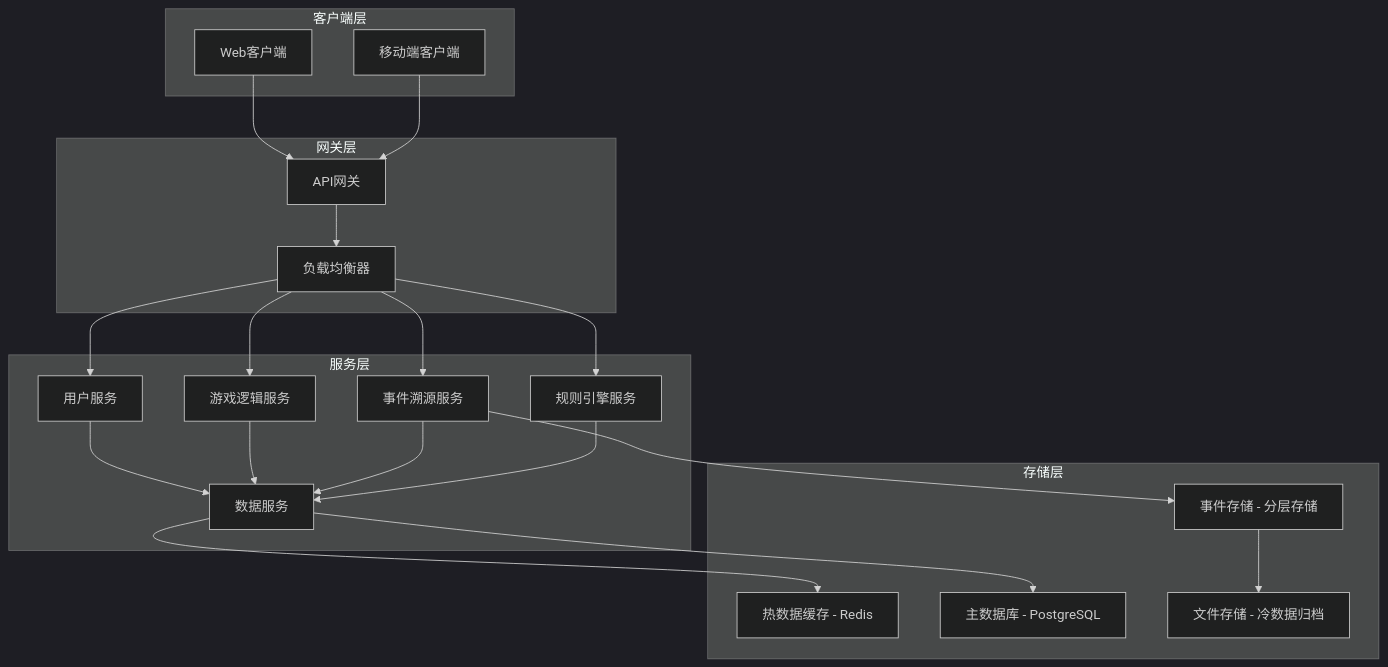
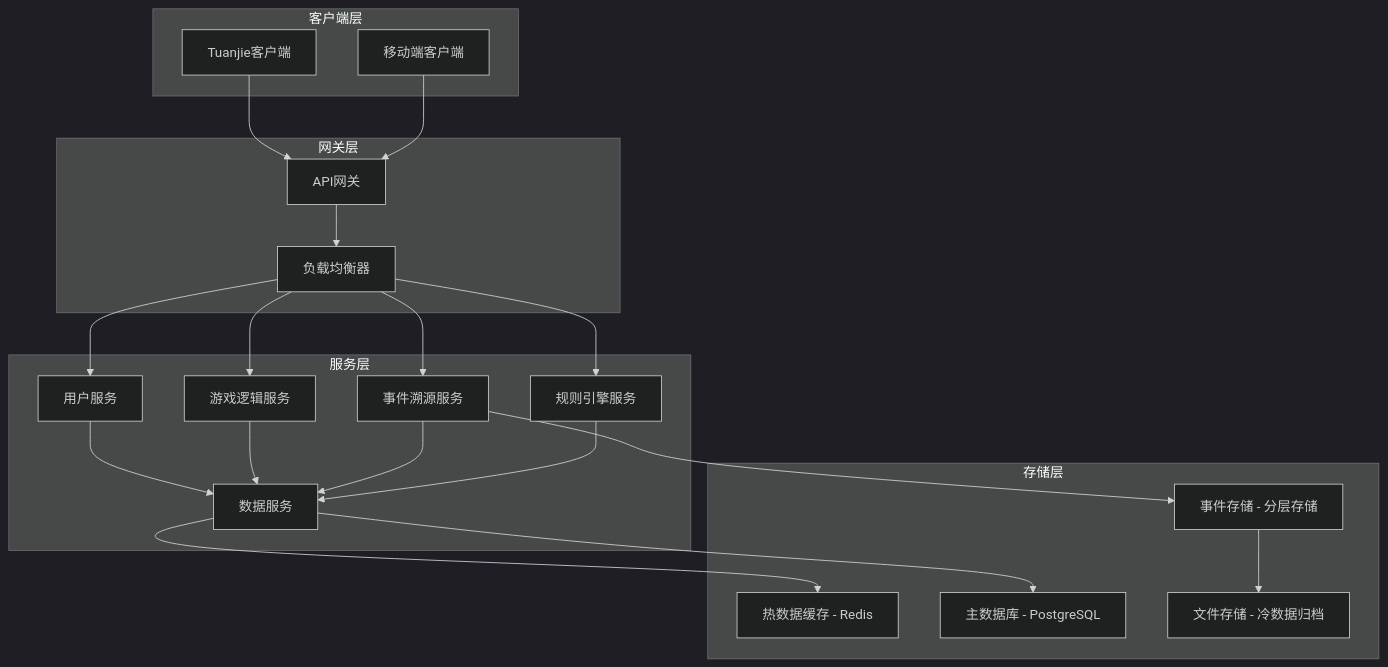
The first of 5 diagrams in doc/guides/technical/architecture-design.md (yingsiqi/Immortality), drawn with Mermaid (dark theme) before and after one commit. The commit also changed other lines of this file and 25 other files, not shown here.

````diff
--- a/doc/guides/technical/architecture-design.md
+++ b/doc/guides/technical/architecture-design.md
@@ -7,43 +7,43 @@
 ```mermaid
 flowchart TB
     subgraph "客户端层"
-        A[Web客户端]
+        A[Tuanjie客户端]
         B[移动端客户端]
     end
     
     subgraph "网关层"
         C[API网关]
         D[负载均衡器]
     end
     
     subgraph "服务层"
         E[用户服务]
         F[游戏逻辑服务]
         G[事件溯源服务]
         H[规则引擎服务]
         I[数据服务]
     end
     
     subgraph "存储层"
         J[热数据缓存 - Redis]
         K[主数据库 - PostgreSQL]
         L[事件存储 - 分层存储]
         M[文件存储 - 冷数据归档]
     end
     
     A --> C
     B --> C
     C --> D
     D --> E
     D --> F
     D --> G
     D --> H
     E --> I
     F --> I
     G --> I
     H --> I
     I --> J
     I --> K
     G --> L
     L --> M
 ```
````
